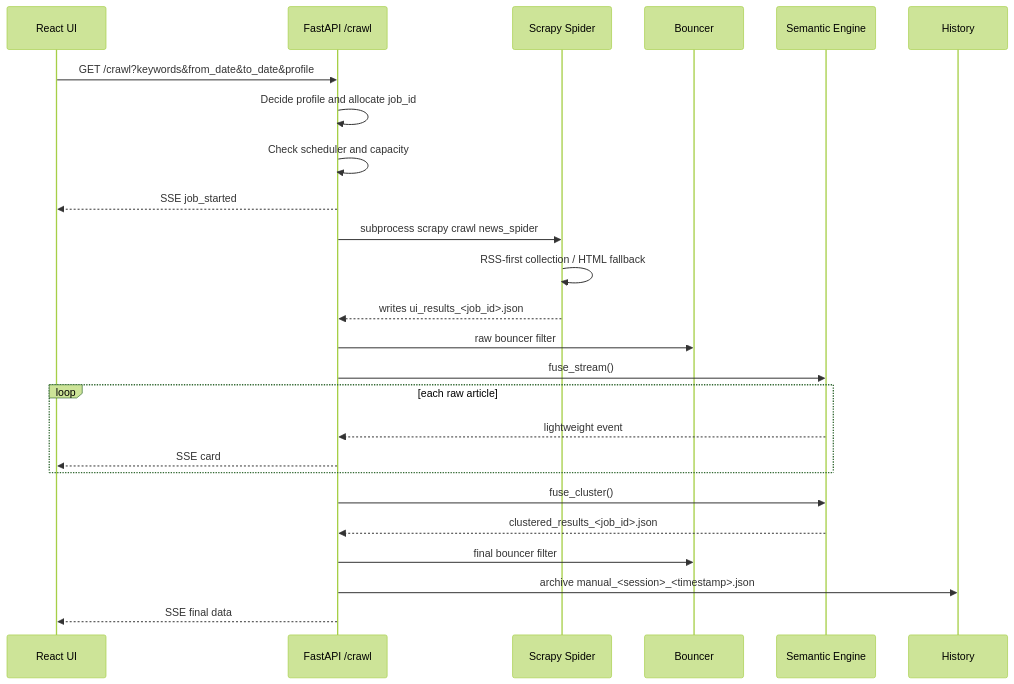
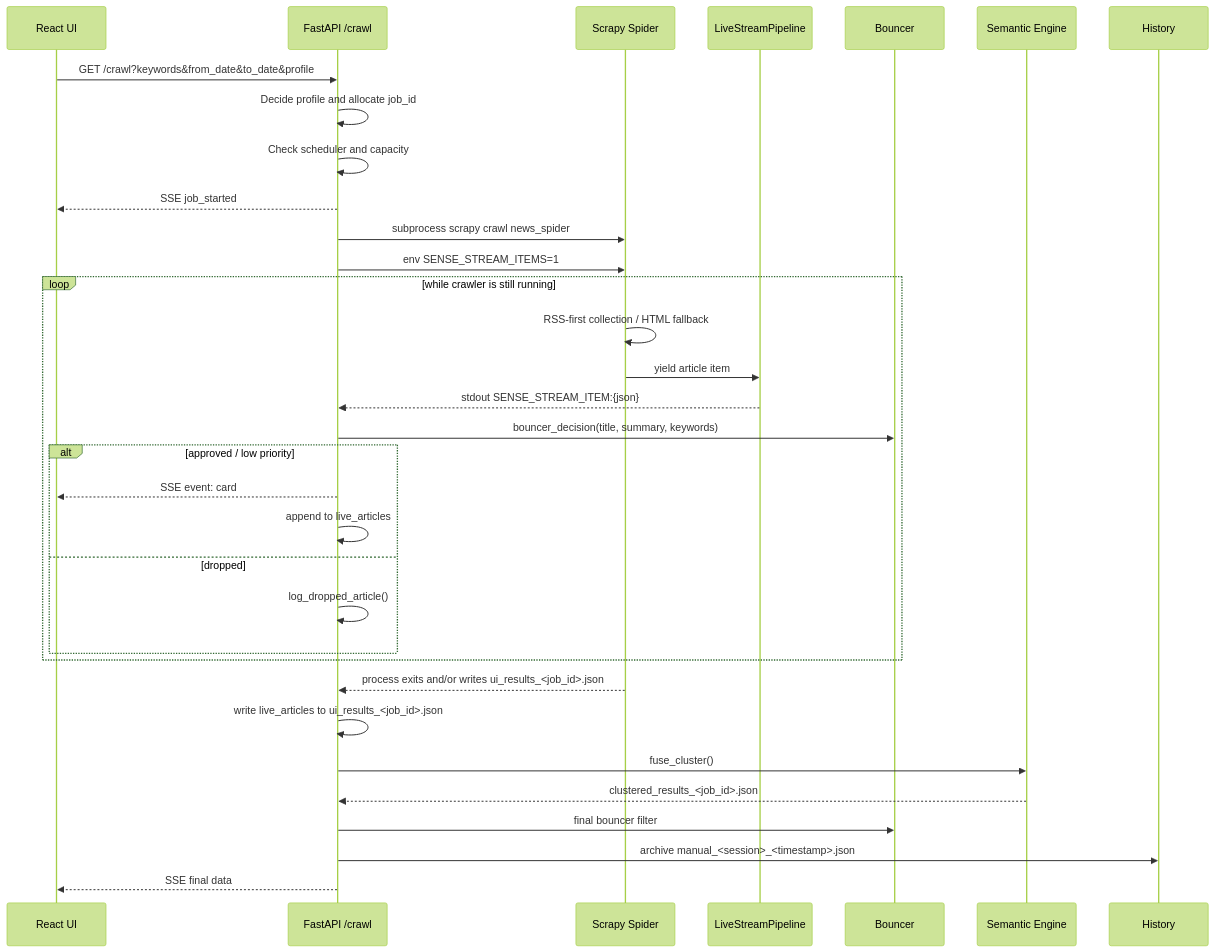
One commit to tourist03/probable-succotash changed the third of 12 diagrams in FYI_BACKEND_ARCHITECTURE.md. Above: the diagram before and after it, drawn with Mermaid (forest theme). The commit also changed other lines of this file and 10 other files, not shown here.

Commit message:
Improve live scan flow and archive docs

````diff
--- a/FYI_BACKEND_ARCHITECTURE.md
+++ b/FYI_BACKEND_ARCHITECTURE.md
@@ -228,28 +240,36 @@
 ```mermaid
 sequenceDiagram
     participant UI as React UI
     participant API as FastAPI /crawl
     participant SP as Scrapy Spider
+    participant LP as LiveStreamPipeline
     participant B as Bouncer
     participant F as Semantic Engine
     participant H as History
 
     UI->>API: GET /crawl?keywords&from_date&to_date&profile
     API->>API: Decide profile and allocate job_id
     API->>API: Check scheduler and capacity
     API-->>UI: SSE job_started
     API->>SP: subprocess scrapy crawl news_spider
-    SP->>SP: RSS-first collection / HTML fallback
-    SP-->>API: writes ui_results_<job_id>.json
-    API->>B: raw bouncer filter
-    API->>F: fuse_stream()
-    loop each raw article
-        F-->>API: lightweight event
-        API-->>UI: SSE card
+    API->>SP: env SENSE_STREAM_ITEMS=1
+    loop while crawler is still running
+        SP->>SP: RSS-first collection / HTML fallback
+        SP->>LP: yield article item
+        LP-->>API: stdout SENSE_STREAM_ITEM:{json}
+        API->>B: bouncer_decision(title, summary, keywords)
+        alt approved / low priority
+            API-->>UI: SSE event: card
+            API->>API: append to live_articles
+        else dropped
+            API->>API: log_dropped_article()
+        end
     end
+    SP-->>API: process exits and/or writes ui_results_<job_id>.json
+    API->>API: write live_articles to ui_results_<job_id>.json
     API->>F: fuse_cluster()
     F-->>API: clustered_results_<job_id>.json
     API->>B: final bouncer filter
     API->>H: archive manual_<session>_<timestamp>.json
     API-->>UI: SSE final data
 ```
````
